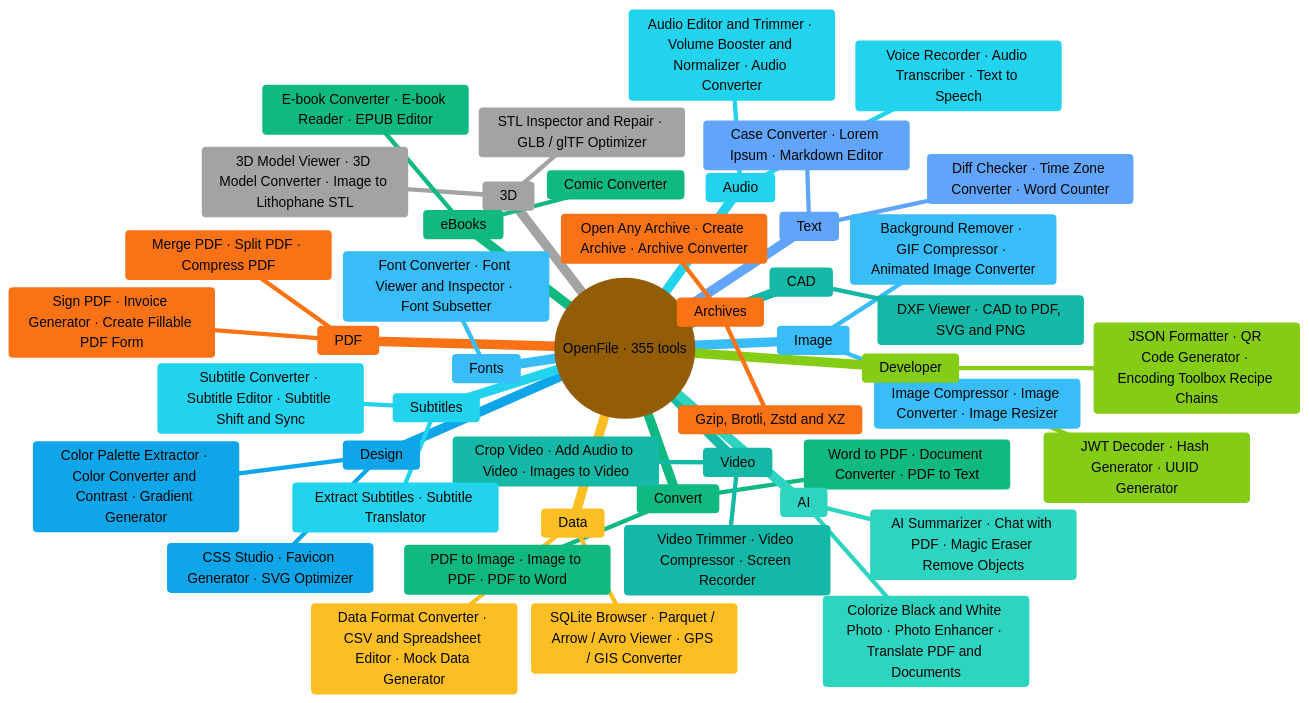
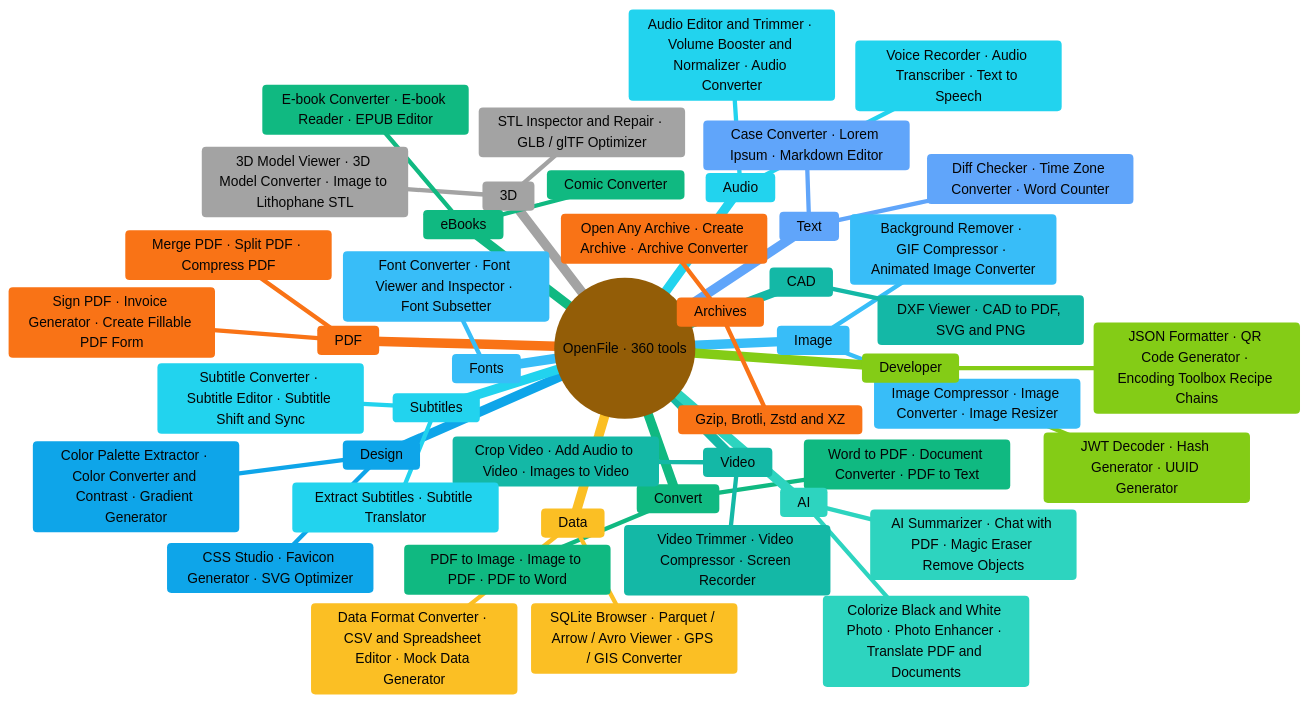
The second of 8 diagrams in README.md (aniruddhaadak80/OpenFile), drawn with Mermaid before and after one commit. The commit also changed other lines of this file and 16 other files, not shown here.

````diff
--- a/README.md
+++ b/README.md
@@ -903,51 +908,51 @@
 ```mermaid
 %%{init: {'theme':'base','themeVariables':{'primaryColor':'#F5A524','primaryTextColor':'#050505','primaryBorderColor':'#FFB224','lineColor':'#F5A524','fontFamily':'system-ui, sans-serif','cScale0':'#F5A524','cScaleLabel0':'#050505','cScaleInv0':'#050505','cScale1':'#F97316','cScaleLabel1':'#050505','cScaleInv1':'#050505','cScale2':'#10B981','cScaleLabel2':'#050505','cScaleInv2':'#050505','cScale3':'#38BDF8','cScaleLabel3':'#050505','cScaleInv3':'#050505','cScale4':'#14B8A6','cScaleLabel4':'#050505','cScaleInv4':'#050505','cScale5':'#22D3EE','cScaleLabel5':'#050505','cScaleInv5':'#050505','cScale6':'#84CC16','cScaleLabel6':'#050505','cScaleInv6':'#050505','cScale7':'#60A5FA','cScaleLabel7':'#050505','cScaleInv7':'#050505','cScale8':'#0EA5E9','cScaleLabel8':'#050505','cScaleInv8':'#050505','cScale9':'#FBBF24','cScaleLabel9':'#050505','cScaleInv9':'#050505','cScale10':'#2DD4BF','cScaleLabel10':'#050505','cScaleInv10':'#050505','cScale11':'#A3A3A3','cScaleLabel11':'#050505','cScaleInv11':'#050505'}}}%%
 mindmap
-  root(("OpenFile · 355 tools"))
+  root(("OpenFile · 360 tools"))
     PDF
       Merge PDF · Split PDF · Compress PDF
       Sign PDF · Invoice Generator · Create Fillable PDF Form
     Convert
       PDF to Image · Image to PDF · PDF to Word
       Word to PDF · Document Converter · PDF to Text
     Image
       Image Compressor · Image Converter · Image Resizer
       Background Remover · GIF Compressor · Animated Image Converter
     Video
       Video Trimmer · Video Compressor · Screen Recorder
       Crop Video · Add Audio to Video · Images to Video
     Audio
       Audio Editor and Trimmer · Volume Booster and Normalizer · Audio Converter
       Voice Recorder · Audio Transcriber · Text to Speech
     Developer
       JSON Formatter · QR Code Generator · Encoding Toolbox Recipe Chains
       JWT Decoder · Hash Generator · UUID Generator
     Text
       Diff Checker · Time Zone Converter · Word Counter
       Case Converter · Lorem Ipsum · Markdown Editor
     Design
       Color Palette Extractor · Color Converter and Contrast · Gradient Generator
       CSS Studio · Favicon Generator · SVG Optimizer
     Data
       Data Format Converter · CSV and Spreadsheet Editor · Mock Data Generator
       SQLite Browser · Parquet / Arrow / Avro Viewer · GPS / GIS Converter
     AI
       AI Summarizer · Chat with PDF · Magic Eraser Remove Objects
       Colorize Black and White Photo · Photo Enhancer · Translate PDF and Documents
     3D
       3D Model Viewer · 3D Model Converter · Image to Lithophane STL
       STL Inspector and Repair · GLB / glTF Optimizer
     Archives
       Open Any Archive · Create Archive · Archive Converter
       Gzip, Brotli, Zstd and XZ
     eBooks
       E-book Converter · E-book Reader · EPUB Editor
       Comic Converter
     Fonts
       Font Converter · Font Viewer and Inspector · Font Subsetter
     CAD
       DXF Viewer · CAD to PDF, SVG and PNG
     Subtitles
       Subtitle Converter · Subtitle Editor · Subtitle Shift and Sync
       Extract Subtitles · Subtitle Translator
 ```
````
